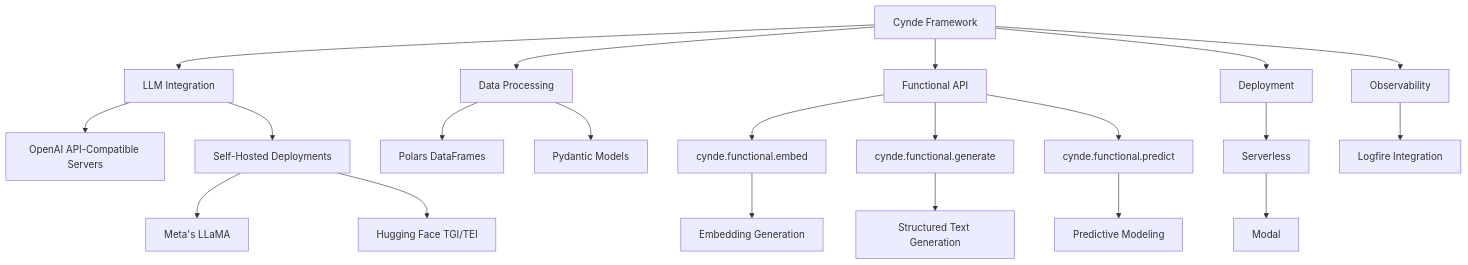
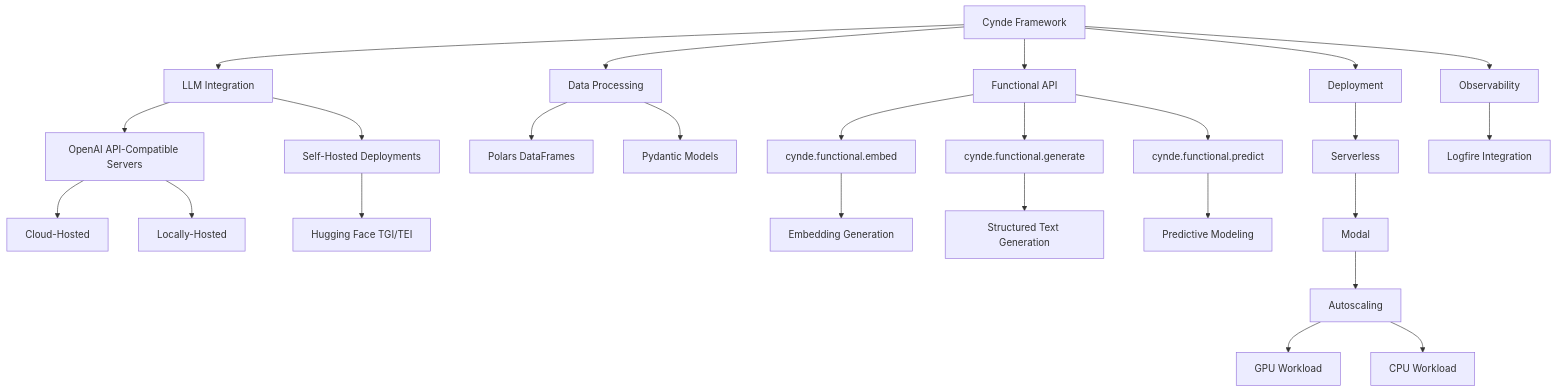
Before and after one commit to Neural-Dragon-AI/Cynde: the diagram in drawings.md, drawn with Mermaid. The commit also changed other lines of this file, not shown here.

````diff
--- a/drawings.md
+++ b/drawings.md
@@ -3,27 +3,31 @@
 ```mermaid
 graph TD
     A[Cynde Framework] --> B[LLM Integration]
     B --> C[OpenAI API-Compatible Servers]
-    B --> D[Self-Hosted Deployments]
-    D --> E[Meta's LLaMA]
-    D --> F[Hugging Face TGI/TEI]
+    C --> D[Cloud-Hosted]
+    C --> E[Locally-Hosted]
+    B --> F[Self-Hosted Deployments]
+    F --> G[Hugging Face TGI/TEI]
     
-    A --> G[Data Processing]
-    G --> H[Polars DataFrames]
-    G --> I[Pydantic Models]
+    A --> H[Data Processing]
+    H --> I[Polars DataFrames]
+    H --> J[Pydantic Models]
     
-    A --> J[Functional API]
-    J --> K[cynde.functional.embed]
-    K --> L[Embedding Generation]
-    J --> M[cynde.functional.generate]
-    M --> N[Structured Text Generation]
-    J --> O[cynde.functional.predict]
-    O --> P[Predictive Modeling]
+    A --> K[Functional API]
+    K --> L[cynde.functional.embed]
+    L --> M[Embedding Generation]
+    K --> N[cynde.functional.generate]
+    N --> O[Structured Text Generation]
+    K --> P[cynde.functional.predict]
+    P --> Q[Predictive Modeling]
     
-    A --> Q[Deployment]
-    Q --> R[Serverless]
-    R --> S[Modal]
+    A --> R[Deployment]
+    R --> S[Serverless]
+    S --> T[Modal]
+    T --> U[Autoscaling]
+    U --> V[GPU Workload]
+    U --> W[CPU Workload]
     
-    A --> T[Observability]
-    T --> U[Logfire Integration]
+    A --> X[Observability]
+    X --> Y[Logfire Integration]
 ```
````
